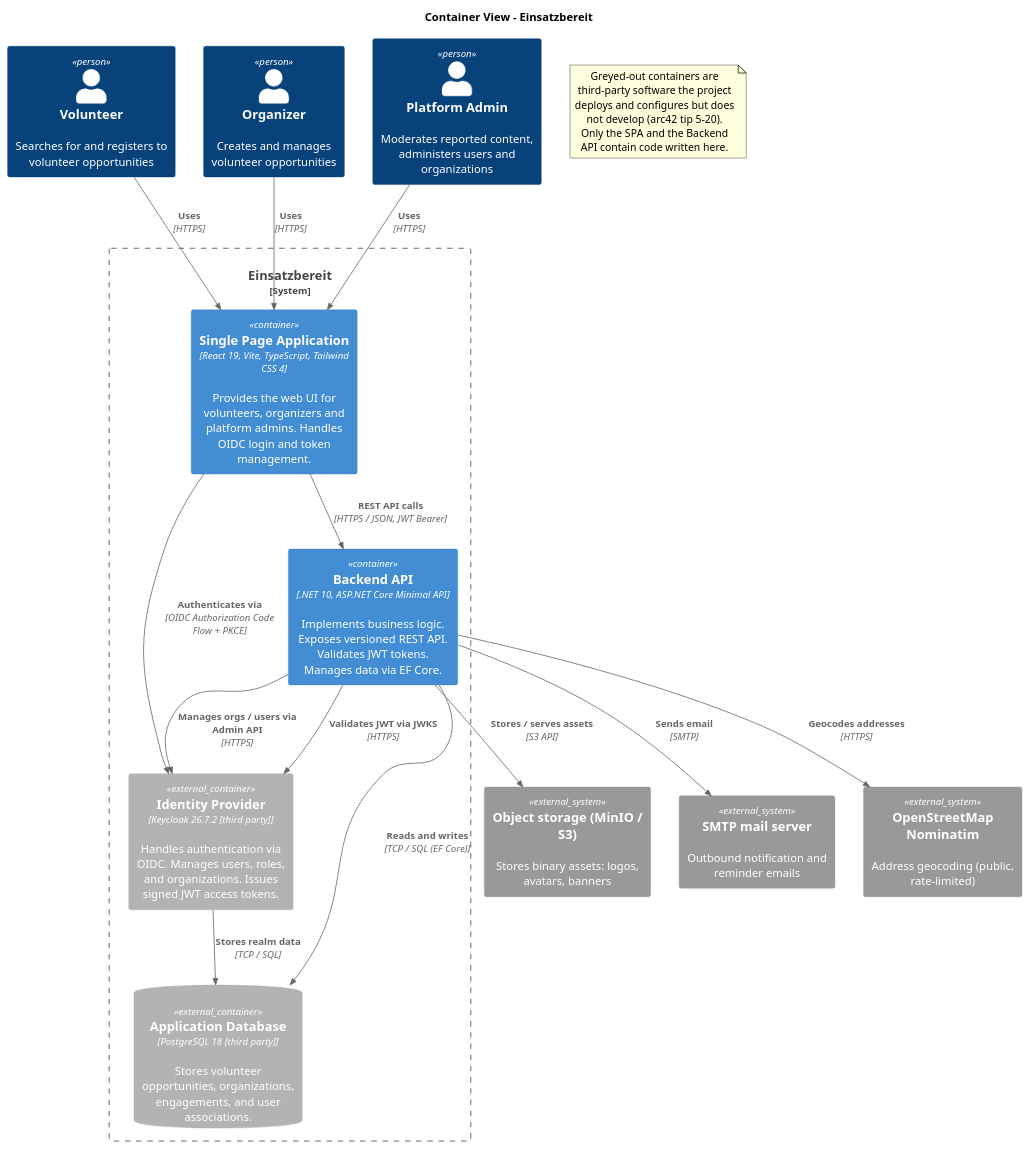
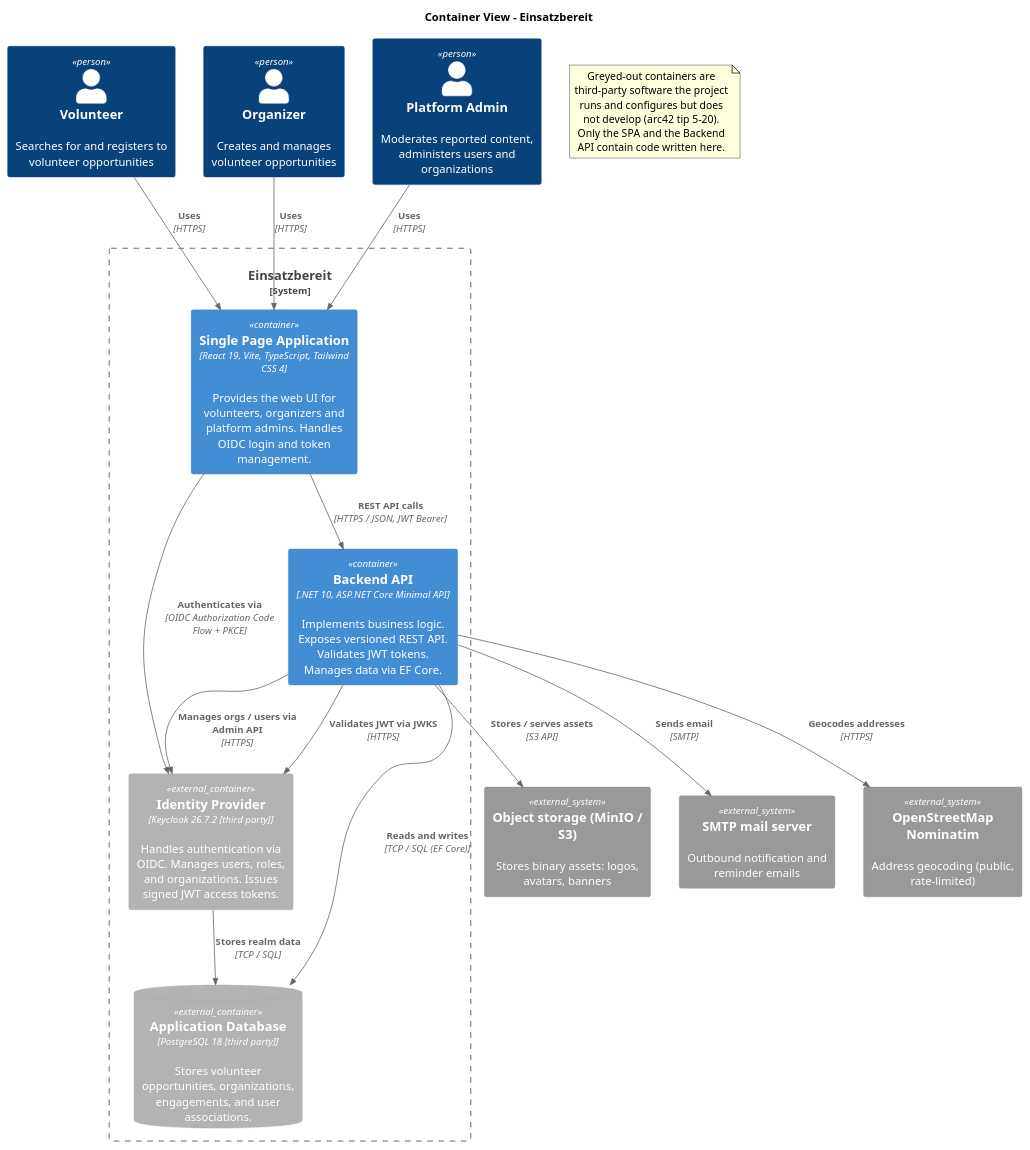
One commit to maik-hasler/einsatzbereit changed the diagram in docs/Architecture/images/container-view.puml. Above: the diagram before and after it, drawn with PlantUML. The commit also changed 90 other files, not shown here.

```diff
--- a/docs/Architecture/images/container-view.puml
+++ b/docs/Architecture/images/container-view.puml
@@ -1,41 +1,41 @@
 @startuml Container View
 
 !include <C4/C4_Container>
 
 title Container View - Einsatzbereit
 
 Person(volunteer, "Volunteer", "Searches for and registers to volunteer opportunities")
 Person(organizer, "Organizer", "Creates and manages volunteer opportunities")
 Person(admin, "Platform Admin", "Moderates reported content, administers users and organizations")
 
 System_Boundary(einsatzbereit, "Einsatzbereit") {
 		Container(frontend, "Single Page Application", "React 19, Vite, TypeScript, Tailwind CSS 4", "Provides the web UI for volunteers, organizers and platform admins. Handles OIDC login and token management.")
 		Container(backend, "Backend API", ".NET 10, ASP.NET Core Minimal API", "Implements business logic. Exposes versioned REST API. Validates JWT tokens. Manages data via EF Core.")
 		ContainerDb_Ext(db, "Application Database", "PostgreSQL 18 [third party]", "Stores volunteer opportunities, organizations, engagements, and user associations.")
 		Container_Ext(keycloak, "Identity Provider", "Keycloak 26.7.2 [third party]", "Handles authentication via OIDC. Manages users, roles, and organizations. Issues signed JWT access tokens.")
 }
 
 System_Ext(objectstore, "Object storage (MinIO / S3)", "Stores binary assets: logos, avatars, banners")
 System_Ext(smtp, "SMTP mail server", "Outbound notification and reminder emails")
 System_Ext(nominatim, "OpenStreetMap Nominatim", "Address geocoding (public, rate-limited)")
 
 Rel(volunteer, frontend, "Uses", "HTTPS")
 Rel(organizer, frontend, "Uses", "HTTPS")
 Rel(admin, frontend, "Uses", "HTTPS")
 Rel(frontend, backend, "REST API calls", "HTTPS / JSON, JWT Bearer")
 Rel(frontend, keycloak, "Authenticates via", "OIDC Authorization Code Flow + PKCE")
 Rel(backend, db, "Reads and writes", "TCP / SQL (EF Core)")
 Rel(backend, keycloak, "Validates JWT via JWKS", "HTTPS")
 Rel(backend, keycloak, "Manages orgs / users via Admin API", "HTTPS")
 Rel(backend, objectstore, "Stores / serves assets", "S3 API")
 Rel(backend, smtp, "Sends email", "SMTP")
 Rel(backend, nominatim, "Geocodes addresses", "HTTPS")
 Rel(keycloak, db, "Stores realm data", "TCP / SQL")
 
 note as ThirdParty
 	Greyed-out containers are third-party software the project
-	deploys and configures but does not develop (arc42 tip 5-20).
+	runs and configures but does not develop (arc42 tip 5-20).
 	Only the SPA and the Backend API contain code written here.
 end note
 
 @enduml
```
